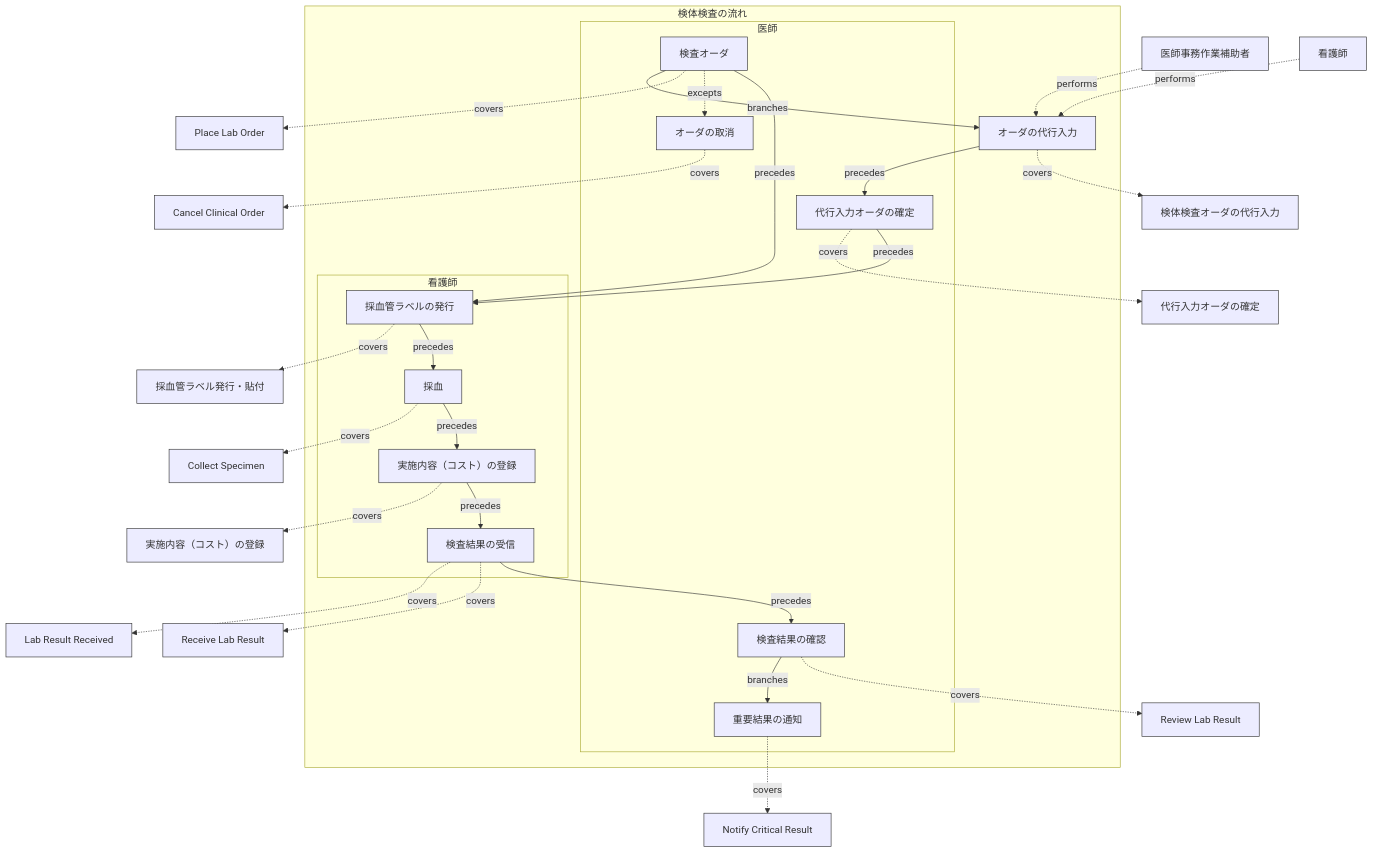
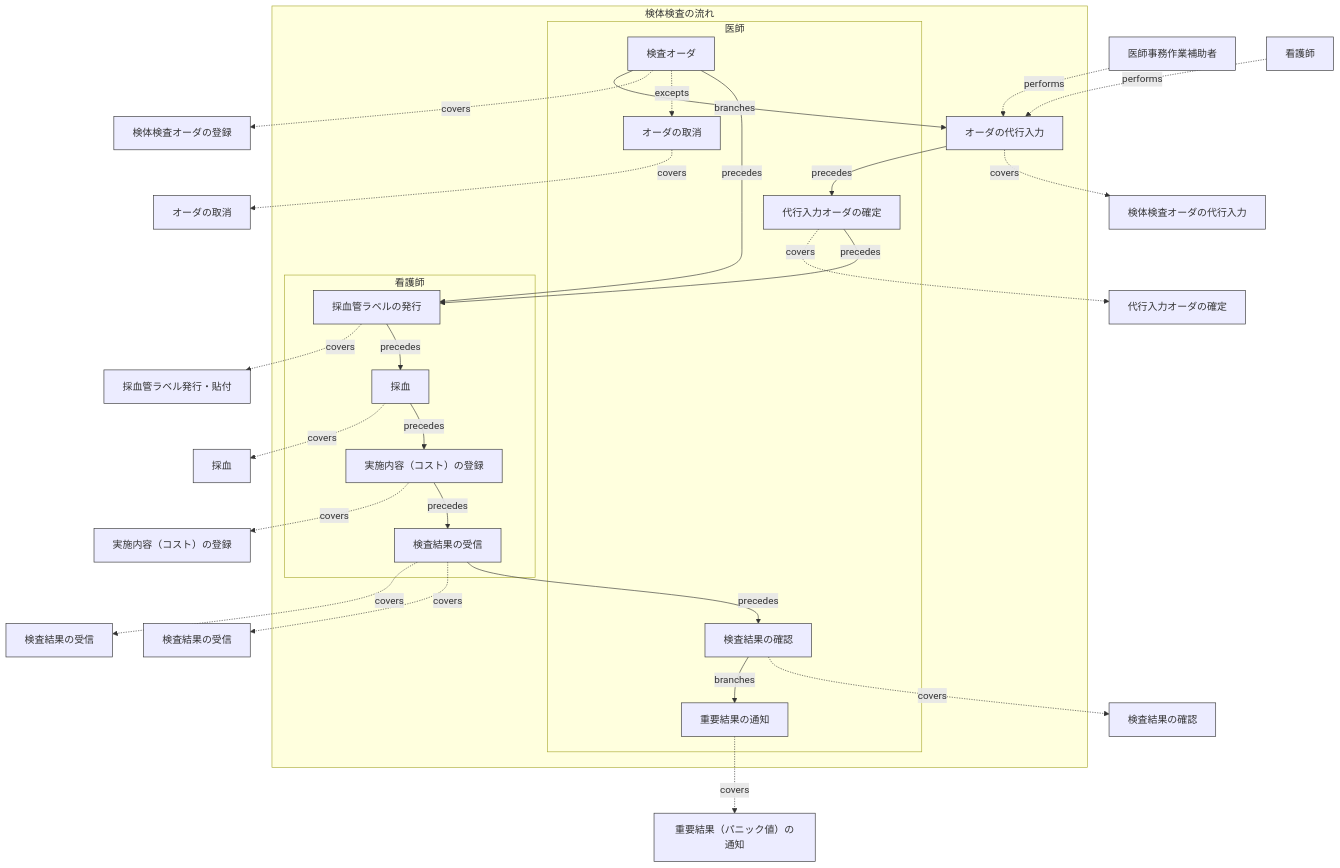
Before and after one commit to manji-0/rdra-ish-dsl: diagram 12 of 27 in samples/clinic-ops/design-sample.md, drawn with Mermaid. The commit also changed other lines of this file and 41 other files, not shown here.

````diff
--- a/samples/clinic-ops/design-sample.md
+++ b/samples/clinic-ops/design-sample.md
@@ -1296,68 +1296,68 @@
 ```mermaid
 %% rdra-ish diagram=flow scope=buc:BucOrdersResults model=samples/clinic-ops
 %% kinds: flow step lane actor usecase event
 %% omitted: buc
 flowchart TD
   subgraph flow__LabOrderFlow["検体検査の流れ"]
     step__ProxyOrderStep["オーダの代行入力"]:::step
     subgraph lane__LabOrderFlow__Clinician["医師"]
       %% lane lane__LabOrderFlow__Clinician: actor__Clinician
       step__ConfirmOrderStep["代行入力オーダの確定"]:::step
       step__CriticalStep["重要結果の通知"]:::step
       step__LabOrderStep["検査オーダ"]:::step
       step__OrderCancelStep["オーダの取消"]:::step
       step__ResultReviewStep["検査結果の確認"]:::step
     end
     subgraph lane__LabOrderFlow__Nurse["看護師"]
       %% lane lane__LabOrderFlow__Nurse: actor__Nurse
       step__CollectStep["採血"]:::step
       step__CostStep["実施内容（コスト）の登録"]:::step
       step__LabResultStep["検査結果の受信"]:::step
       step__LabelStep["採血管ラベルの発行"]:::step
     end
   end
   actor__MedicalClerk["医師事務作業補助者"]:::actor
   %% desc actor__MedicalClerk: 医師の指示で電子カルテへ代行入力する。確定は医師が行う。
   actor__Nurse["看護師"]:::actor
   %% desc actor__Nurse: 医師の指示の下で診療の補助を行う。
-  usecase__CancelClinicalOrder["Cancel Clinical Order"]:::usecase
-  usecase__CollectSpecimen["Collect Specimen"]:::usecase
+  usecase__CancelClinicalOrder["オーダの取消"]:::usecase
+  usecase__CollectSpecimen["採血"]:::usecase
   usecase__ConfirmProxyOrder["代行入力オーダの確定"]:::usecase
   usecase__EnterProxyOrder["検体検査オーダの代行入力"]:::usecase
-  usecase__NotifyCriticalResult["Notify Critical Result"]:::usecase
-  usecase__PlaceLabOrder["Place Lab Order"]:::usecase
+  usecase__NotifyCriticalResult["重要結果（パニック値）の通知"]:::usecase
+  usecase__PlaceLabOrder["検体検査オーダの登録"]:::usecase
   usecase__PrintSpecimenLabel["採血管ラベル発行・貼付"]:::usecase
-  usecase__ReceiveLabResult["Receive Lab Result"]:::usecase
+  usecase__ReceiveLabResult["検査結果の受信"]:::usecase
   usecase__RegisterPerformedProcedure["実施内容（コスト）の登録"]:::usecase
-  usecase__ReviewLabResult["Review Lab Result"]:::usecase
-  event__EvLabResultReceived["Lab Result Received"]:::event
+  usecase__ReviewLabResult["検査結果の確認"]:::usecase
+  event__EvLabResultReceived["検査結果の受信"]:::event
   actor__MedicalClerk -.->|performs| step__ProxyOrderStep
   actor__Nurse -.->|performs| step__ProxyOrderStep
   step__CollectStep -.->|covers| usecase__CollectSpecimen
   step__CollectStep -->|precedes| step__CostStep
   step__ConfirmOrderStep -.->|covers| usecase__ConfirmProxyOrder
   step__ConfirmOrderStep -->|precedes| step__LabelStep
   step__CostStep -.->|covers| usecase__RegisterPerformedProcedure
   step__CostStep -->|precedes| step__LabResultStep
   step__CriticalStep -.->|covers| usecase__NotifyCriticalResult
   step__LabOrderStep -->|branches| step__ProxyOrderStep
   step__LabOrderStep -.->|covers| usecase__PlaceLabOrder
   step__LabOrderStep -.->|excepts| step__OrderCancelStep
   step__LabOrderStep -->|precedes| step__LabelStep
   step__LabResultStep -.->|covers| event__EvLabResultReceived
   step__LabResultStep -.->|covers| usecase__ReceiveLabResult
   step__LabResultStep -->|precedes| step__ResultReviewStep
   step__LabelStep -.->|covers| usecase__PrintSpecimenLabel
   step__LabelStep -->|precedes| step__CollectStep
   step__OrderCancelStep -.->|covers| usecase__CancelClinicalOrder
   step__ProxyOrderStep -.->|covers| usecase__EnterProxyOrder
   step__ProxyOrderStep -->|precedes| step__ConfirmOrderStep
   step__ResultReviewStep -->|branches| step__CriticalStep
   step__ResultReviewStep -.->|covers| usecase__ReviewLabResult
   classDef flow stroke:#333;
   classDef step stroke:#333;
   classDef lane stroke:#333;
   classDef actor stroke:#333;
   classDef usecase stroke:#333;
   classDef event stroke:#333;
 ```
````
